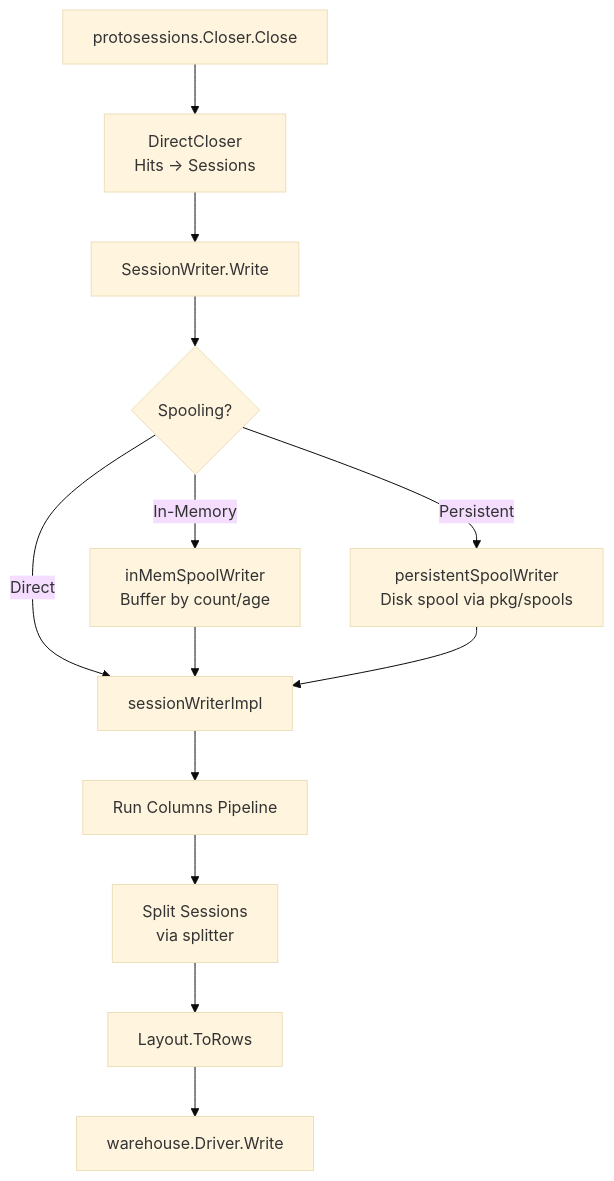
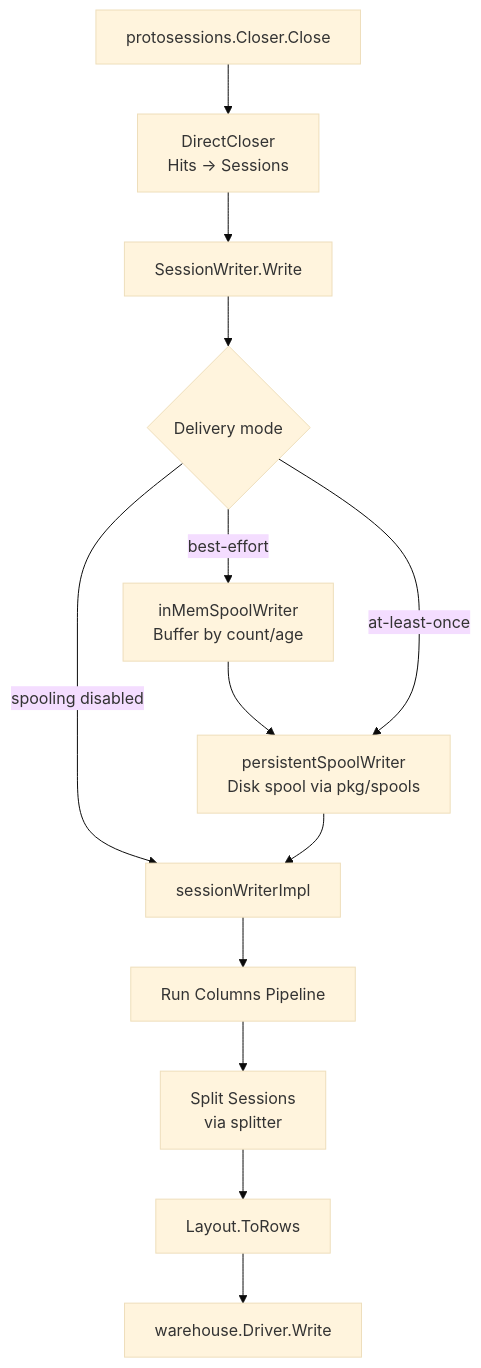
One commit to d8a-tech/d8a changed the seventh of 8 diagrams in docs/docs/articles/technical-deep-dive.md. Above: the diagram before and after it, drawn with Mermaid (base theme). The commit also changed other lines of this file, not shown here.

Commit message:
Update technical deep-dive docs to match current spool/writer architecture (#473)

````diff
--- a/docs/docs/articles/technical-deep-dive.md
+++ b/docs/docs/articles/technical-deep-dive.md
@@ -519,15 +519,15 @@
 ```mermaid
 flowchart TB
     A[protosessions.Closer.Close] --> B[DirectCloser<br/>Hits → Sessions]
     B --> C[SessionWriter.Write]
-    C --> D{Spooling?}
-    D -->|In-Memory| E[inMemSpoolWriter<br/>Buffer by count/age]
-    D -->|Persistent| F[persistentSpoolWriter<br/>Disk spool via pkg/spools]
-    D -->|Direct| G[sessionWriterImpl]
-    E --> G
+    C --> D{Delivery mode}
+    D -->|best-effort| E[inMemSpoolWriter<br/>Buffer by count/age]
+    E --> F[persistentSpoolWriter<br/>Disk spool via pkg/spools]
+    D -->|at-least-once| F
+    D -->|spooling disabled| G[sessionWriterImpl]
     F --> G
     G --> H[Run Columns Pipeline]
     H --> I[Split Sessions<br/>via splitter]
     I --> J[Layout.ToRows]
     J --> K[warehouse.Driver.Write]
 ```
````
